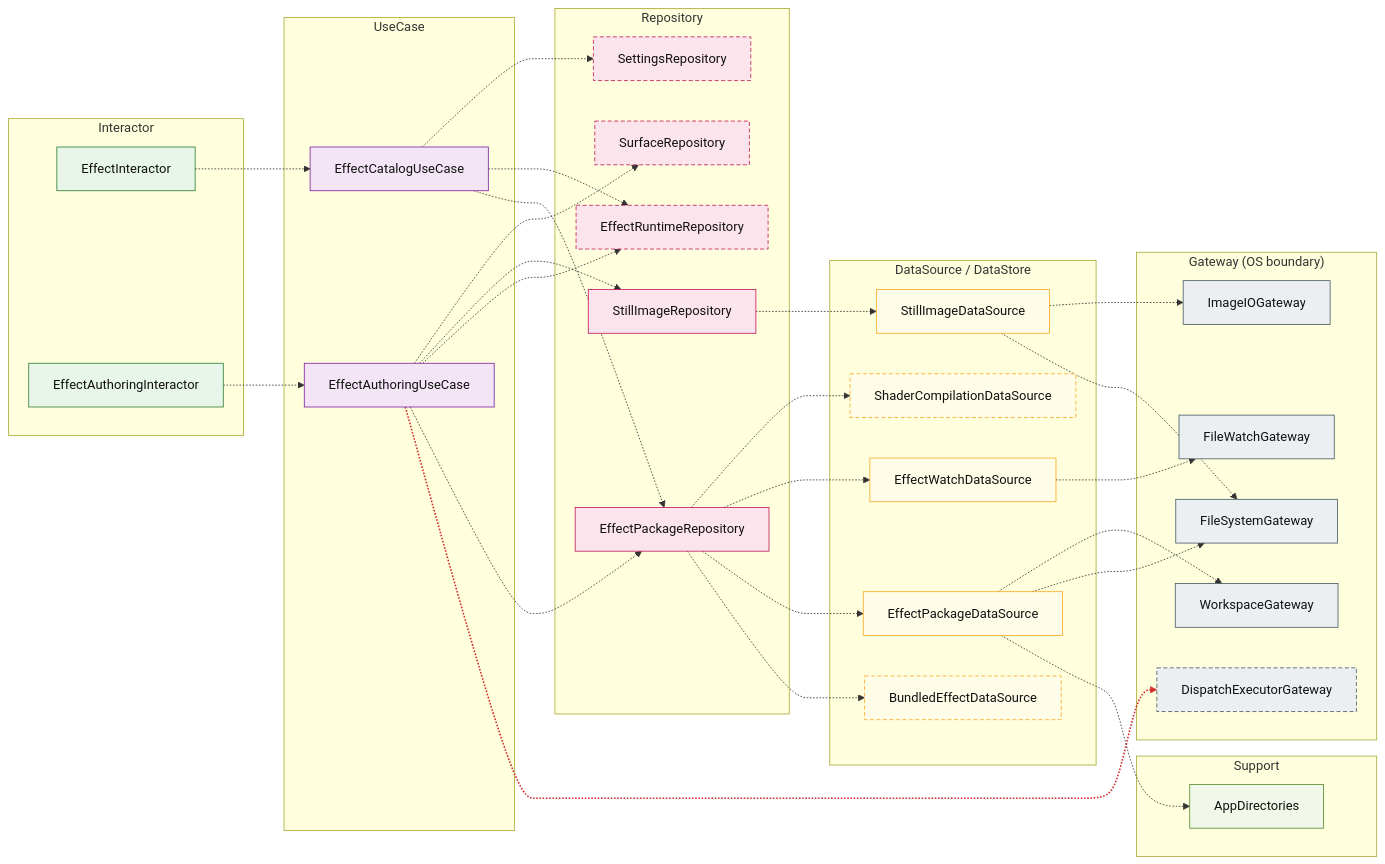
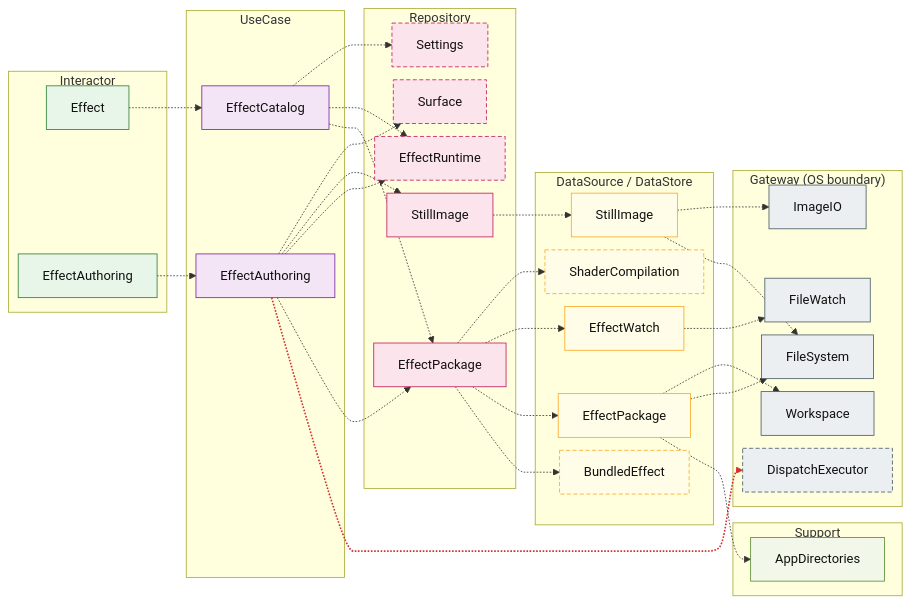
The sixth of 8 diagrams in docs/ARCHITECTURE.md (GeneralD/mirage), drawn with Mermaid before and after one commit. The commit also changed other lines of this file, not shown here.

First line of the commit message:
docs(architecture): fit the module diagrams to the page width

````diff
--- a/docs/ARCHITECTURE.md
+++ b/docs/ARCHITECTURE.md
@@ -314,66 +342,67 @@
 ```mermaid
+%%{init: {"flowchart": {"rankSpacing": 24, "nodeSpacing": 16}}}%%
 graph LR
-  subgraph Effects_int["Interactor"]
-    EffectInteractor:::int
-    EffectAuthoringInteractor:::int
+  subgraph Area2_int["Interactor"]
+    EffectInteractor["Effect"]:::int
+    EffectAuthoringInteractor["EffectAuthoring"]:::int
   end
-  subgraph Effects_uc["UseCase"]
-    EffectCatalogUseCase:::uc
-    EffectAuthoringUseCase:::uc
+  subgraph Area2_uc["UseCase"]
+    EffectCatalogUseCase["EffectCatalog"]:::uc
+    EffectAuthoringUseCase["EffectAuthoring"]:::uc
   end
-  subgraph Effects_repo["Repository"]
-    EffectPackageRepository:::repo
-    StillImageRepository:::repo
-    EffectRuntimeRepository:::repox
-    SettingsRepository:::repox
-    SurfaceRepository:::repox
+  subgraph Area2_repo["Repository"]
+    EffectPackageRepository["EffectPackage"]:::repo
+    StillImageRepository["StillImage"]:::repo
+    EffectRuntimeRepository["EffectRuntime"]:::repox
+    SettingsRepository["Settings"]:::repox
+    SurfaceRepository["Surface"]:::repox
   end
-  subgraph Effects_ds["DataSource / DataStore"]
-    EffectPackageDataSource:::ds
-    EffectWatchDataSource:::ds
-    StillImageDataSource:::ds
-    BundledEffectDataSource:::dsx
-    ShaderCompilationDataSource:::dsx
+  subgraph Area2_ds["DataSource / DataStore"]
+    EffectPackageDataSource["EffectPackage"]:::ds
+    EffectWatchDataSource["EffectWatch"]:::ds
+    StillImageDataSource["StillImage"]:::ds
+    BundledEffectDataSource["BundledEffect"]:::dsx
+    ShaderCompilationDataSource["ShaderCompilation"]:::dsx
   end
-  subgraph Effects_gw["Gateway (OS boundary)"]
-    FileSystemGateway:::gw
-    FileWatchGateway:::gw
-    WorkspaceGateway:::gw
-    ImageIOGateway:::gw
-    DispatchExecutorGateway:::gwx
+  subgraph Area2_gw["Gateway (OS boundary)"]
+    FileSystemGateway["FileSystem"]:::gw
+    FileWatchGateway["FileWatch"]:::gw
+    WorkspaceGateway["Workspace"]:::gw
+    ImageIOGateway["ImageIO"]:::gw
+    DispatchExecutorGateway["DispatchExecutor"]:::gwx
   end
-  subgraph Effects_sup["Support"]
+  subgraph Area2_sup["Support"]
     AppDirectories:::sup
   end
   EffectInteractor -.-> EffectCatalogUseCase
   EffectAuthoringInteractor -.-> EffectAuthoringUseCase
   EffectCatalogUseCase -.-> EffectPackageRepository
   EffectCatalogUseCase -.-> EffectRuntimeRepository
   EffectCatalogUseCase -.-> SettingsRepository
   EffectAuthoringUseCase -.-> DispatchExecutorGateway
   EffectAuthoringUseCase -.-> EffectPackageRepository
   EffectAuthoringUseCase -.-> EffectRuntimeRepository
   EffectAuthoringUseCase -.-> StillImageRepository
   EffectAuthoringUseCase -.-> SurfaceRepository
   EffectPackageRepository -.-> BundledEffectDataSource
   EffectPackageRepository -.-> EffectPackageDataSource
   EffectPackageRepository -.-> EffectWatchDataSource
   EffectPackageRepository -.-> ShaderCompilationDataSource
   StillImageRepository -.-> StillImageDataSource
   EffectPackageDataSource -.-> AppDirectories
   EffectPackageDataSource -.-> FileSystemGateway
   EffectPackageDataSource -.-> WorkspaceGateway
   EffectWatchDataSource -.-> FileWatchGateway
   StillImageDataSource -.-> FileSystemGateway
   StillImageDataSource -.-> ImageIOGateway
   classDef ds fill:#fffde7,stroke:#f9a825,color:#111
   classDef dsx fill:#fffde7,stroke:#f9a825,color:#111,stroke-dasharray:5 3
   classDef gw fill:#eceff1,stroke:#455a64,color:#111
   classDef gwx fill:#eceff1,stroke:#455a64,color:#111,stroke-dasharray:5 3
   classDef int fill:#e8f5e9,stroke:#2e7d32,color:#111
   classDef repo fill:#fce4ec,stroke:#c2185b,color:#111
   classDef repox fill:#fce4ec,stroke:#c2185b,color:#111,stroke-dasharray:5 3
   classDef sup fill:#f1f8e9,stroke:#558b2f,color:#111
   classDef uc fill:#f3e5f5,stroke:#7b1fa2,color:#111
   linkStyle 5 stroke:#d32f2f,stroke-width:2px
 ```
````
